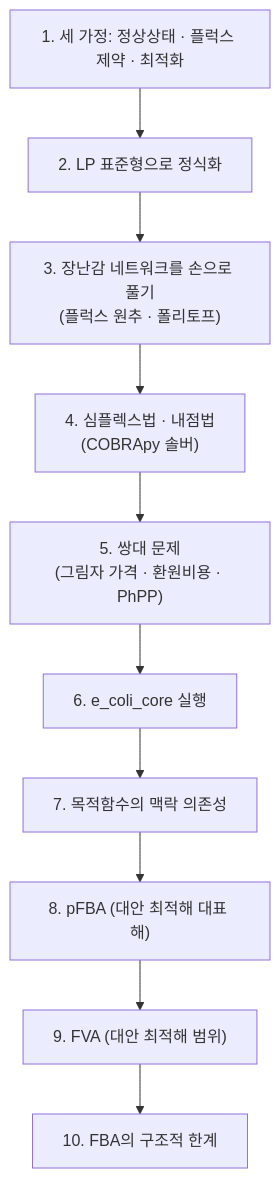
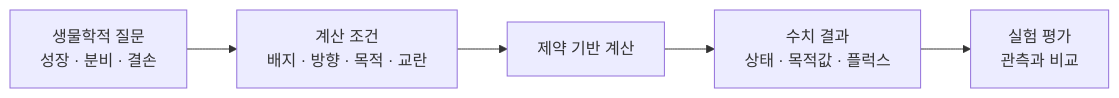
Before and after one commit to jyryu3161/ebook_metabolic_modeling: the diagram in chapter-4/01.md, drawn with Mermaid. The commit also changed other lines of this file and 370 other files, not shown here.

````diff
--- a/chapter-4/01.md
+++ b/chapter-4/01.md
@@ -87,12 +26,7 @@
 ```mermaid
-flowchart TD
-    A["1. 세 가정: 정상상태 · 플럭스 제약 · 최적화"] --> B["2. LP 표준형으로 정식화"]
-    B --> C["3. 장난감 네트워크를 손으로 풀기<br/>(플럭스 원추 · 폴리토프)"]
-    C --> D["4. 심플렉스법 · 내점법<br/>(COBRApy 솔버)"]
-    D --> E["5. 쌍대 문제<br/>(그림자 가격 · 환원비용 · PhPP)"]
-    E --> F["6. e_coli_core 실행"]
-    F --> G["7. 목적함수의 맥락 의존성"]
-    G --> H["8. pFBA (대안 최적해 대표 해)"]
-    H --> I["9. FVA (대안 최적해 범위)"]
-    I --> J["10. FBA의 구조적 한계"]
+flowchart LR
+    A["생물학적 질문<br/>성장 · 분비 · 결손"] --> B["계산 조건<br/>배지 · 방향 · 목적 · 교란"]
+    B --> C["제약 기반 계산"]
+    C --> D["수치 결과<br/>상태 · 목적값 · 플럭스"]
+    D --> E["실험 평가<br/>관측과 비교"]
 ```
````
